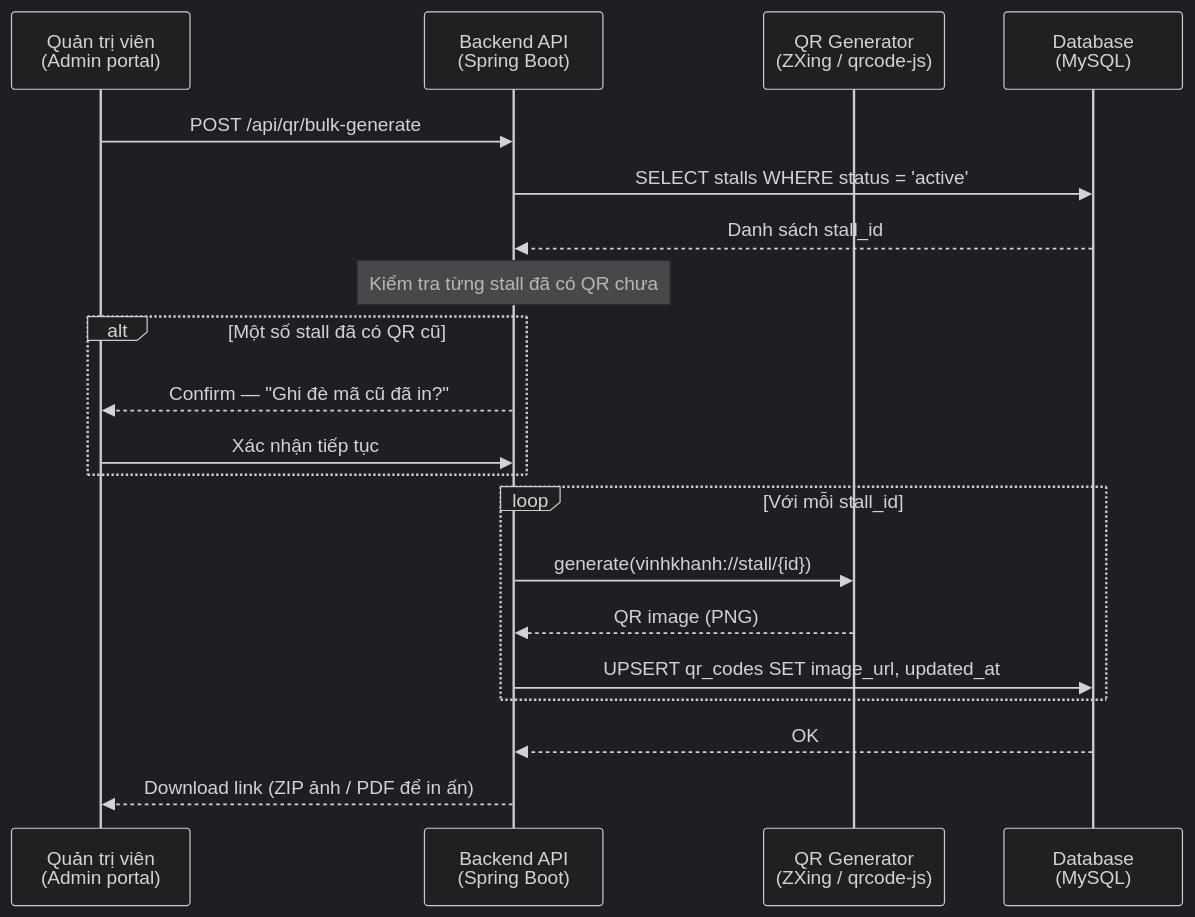
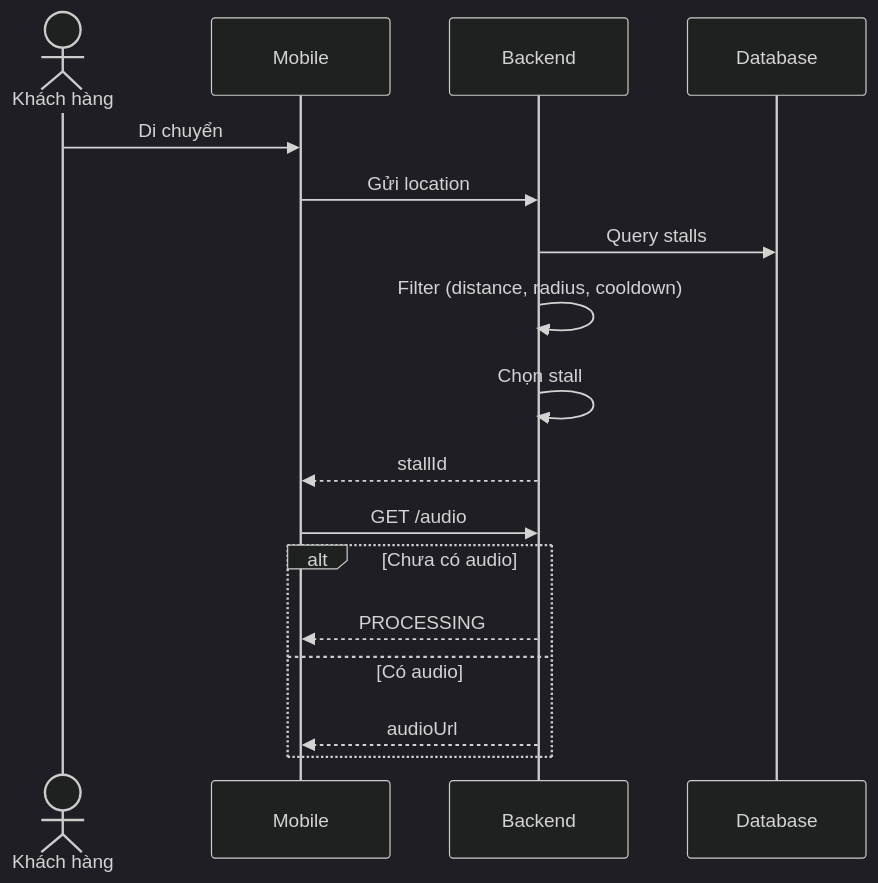
Before and after one commit to ThanhThaoBT/FoodStreet: the ninth of 10 diagrams in 4.3_SoDo_Sequence.md, drawn with Mermaid (dark theme). The commit also changed other lines of this file, not shown here.

````diff
--- a/4.3_SoDo_Sequence.md
+++ b/4.3_SoDo_Sequence.md
@@ -291,27 +200,24 @@
 ```mermaid
 sequenceDiagram
-    participant QT as Quản trị viên<br/>(Admin portal)
-    participant BE as Backend API<br/>(Spring Boot)
-    participant QG as QR Generator<br/>(ZXing / qrcode-js)
-    participant DB as Database<br/>(MySQL)
+    actor KH as Khách hàng
+    participant FE as Mobile
+    participant BE as Backend
+    participant DB as Database
 
-    QT->>BE: POST /api/qr/bulk-generate
-    BE->>DB: SELECT stalls WHERE status = 'active'
-    DB-->>BE: Danh sách stall_id
+    KH->>FE: Di chuyển
+    FE->>BE: Gửi location
 
-    note over BE: Kiểm tra từng stall đã có QR chưa
+    BE->>DB: Query stalls
+    BE->>BE: Filter (distance, radius, cooldown)
+    BE->>BE: Chọn stall
 
-    alt Một số stall đã có QR cũ
-        BE-->>QT: Confirm — "Ghi đè mã cũ đã in?"
-        QT->>BE: Xác nhận tiếp tục
+    BE-->>FE: stallId
+
+    FE->>BE: GET /audio
+
+    alt Chưa có audio
+        BE-->>FE: PROCESSING
+    else Có audio
+        BE-->>FE: audioUrl
     end
-
-    loop Với mỗi stall_id
-        BE->>QG: generate(vinhkhanh://stall/{id})
-        QG-->>BE: QR image (PNG)
-        BE->>DB: UPSERT qr_codes SET image_url, updated_at
-    end
-
-    DB-->>BE: OK
-    BE-->>QT: Download link (ZIP ảnh / PDF để in ấn)
 ```
````
